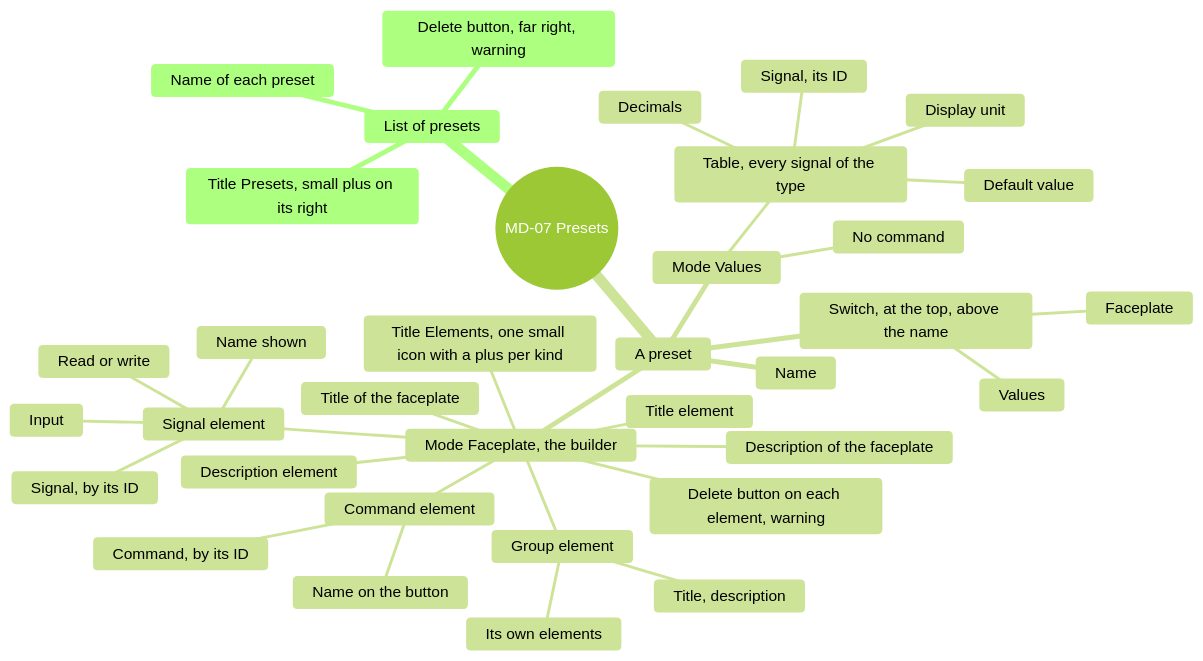
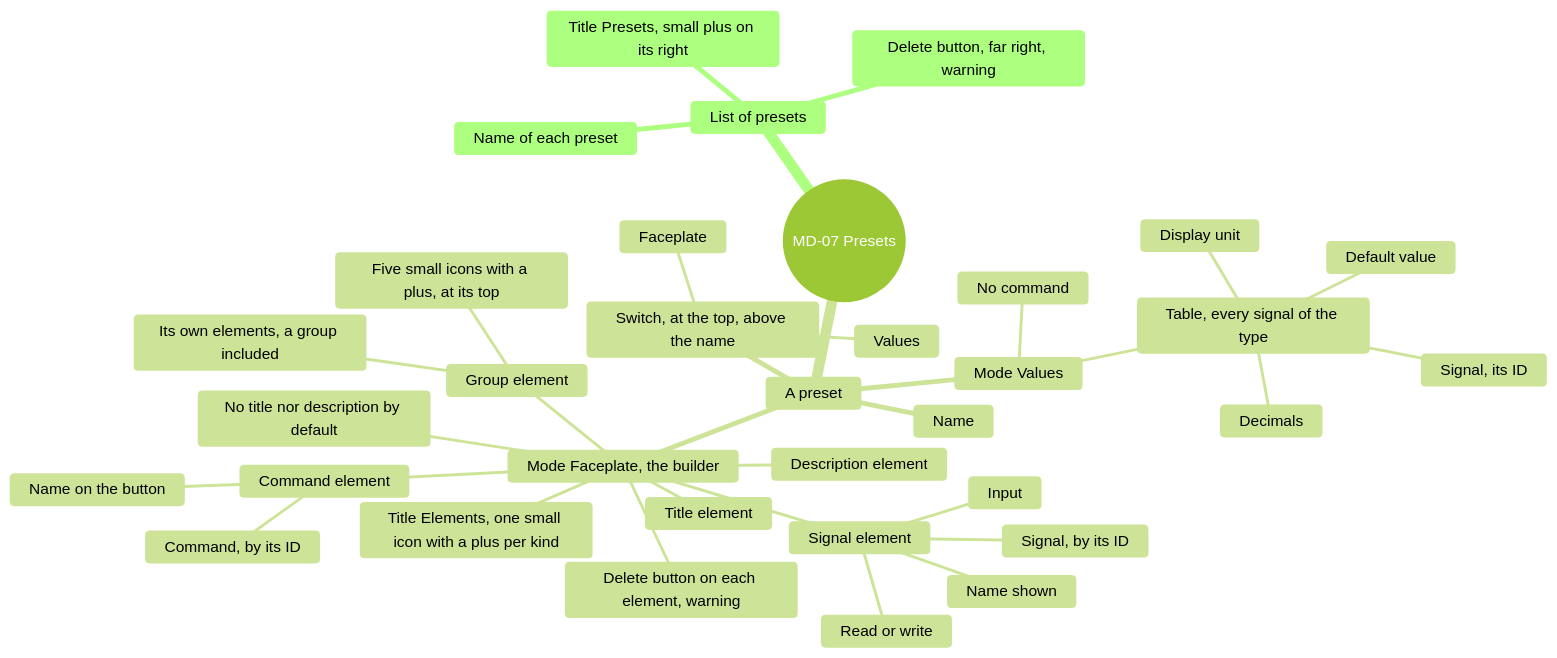
Diagram 11 of 15 in screens/metadata.md (AlexandreGallais/synoptic-studio-spec), drawn with Mermaid (forest theme) before and after one commit. The commit also changed other lines of this file and 7 other files, not shown here.

First line of the commit message:
docs(presets): make the faceplate builder elements only

````diff
--- a/screens/metadata.md
+++ b/screens/metadata.md
@@ -324,38 +323,37 @@
 ```mermaid
 mindmap
   root((MD-07 Presets))
     List of presets
       Title Presets, small plus on its right
       Name of each preset
       Delete button, far right, warning
     A preset
       Switch, at the top, above the name
         Values
         Faceplate
       Name
       Mode Values
         Table, every signal of the type
           Signal, its ID
           Display unit
           Decimals
           Default value
         No command
       Mode Faceplate, the builder
-        Title of the faceplate
-        Description of the faceplate
+        No title nor description by default
         Title Elements, one small icon with a plus per kind
         Signal element
           Signal, by its ID
           Name shown
           Input
           Read or write
         Command element
           Command, by its ID
           Name on the button
         Title element
         Description element
         Group element
-          Title, description
-          Its own elements
+          Five small icons with a plus, at its top
+          Its own elements, a group included
         Delete button on each element, warning
 ```
````
